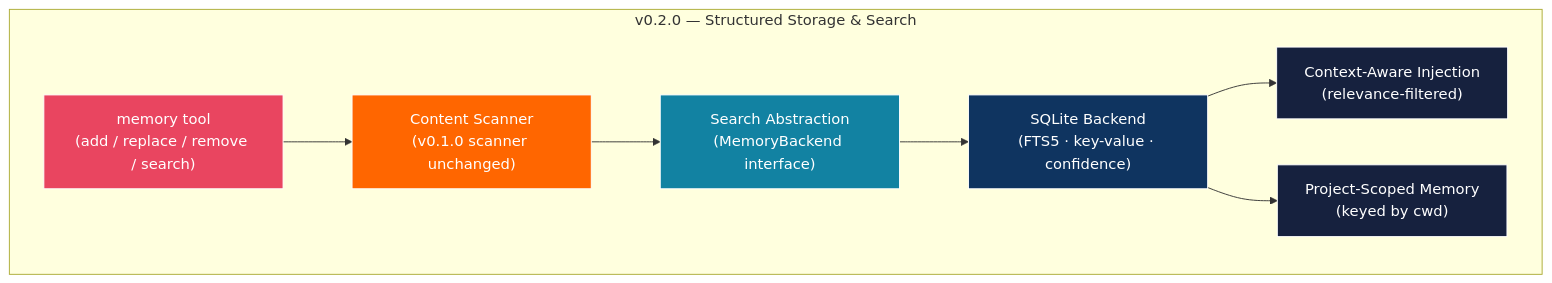
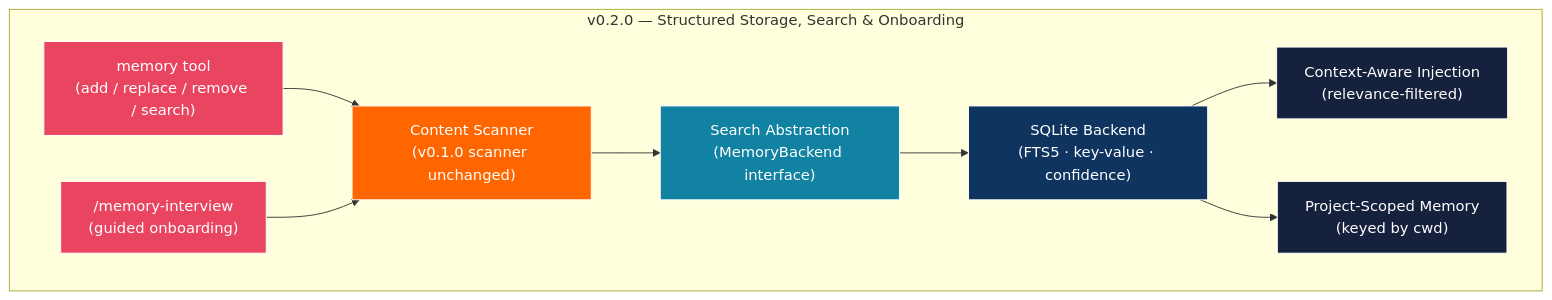
The second of 5 diagrams in docs/ROADMAP.md (chandra447/pi-hermes-memory), drawn with Mermaid before and after one commit. The commit also changed other lines of this file, not shown here.

First line of the commit message:
docs: add /memory-interview onboarding to v0.2.0 roadmap

````diff
--- a/docs/ROADMAP.md
+++ b/docs/ROADMAP.md
@@ -47,23 +47,26 @@
 ```mermaid
 graph TB
-    subgraph "v0.2.0 — Structured Storage & Search"
+    subgraph "v0.2.0 — Structured Storage, Search & Onboarding"
         T2["memory tool<br/>(add / replace / remove / search)"]
         SC2["Content Scanner<br/>(v0.1.0 scanner unchanged)"]
         SA["Search Abstraction<br/>(MemoryBackend interface)"]
         SQL["SQLite Backend<br/>(FTS5 · key-value · confidence)"]
         PI2["Context-Aware Injection<br/>(relevance-filtered)"]
         PS["Project-Scoped Memory<br/>(keyed by cwd)"]
+        IV["/memory-interview<br/>(guided onboarding)"]
     end
 
     T2 --> SC2 --> SA
     SA --> SQL
     SQL --> PI2
     SQL --> PS
+    IV --> SC2
 
     style T2 fill:#e94560,stroke:#fff,color:#fff
     style SC2 fill:#ff6600,stroke:#fff,color:#fff
     style SA fill:#1282a2,stroke:#fff,color:#fff
     style SQL fill:#0f3460,stroke:#fff,color:#fff
     style PI2 fill:#16213e,stroke:#fff,color:#fff
     style PS fill:#16213e,stroke:#fff,color:#fff
+    style IV fill:#e94560,stroke:#fff,color:#fff
 ```
````
